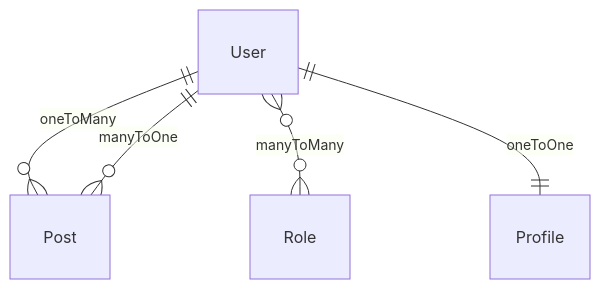
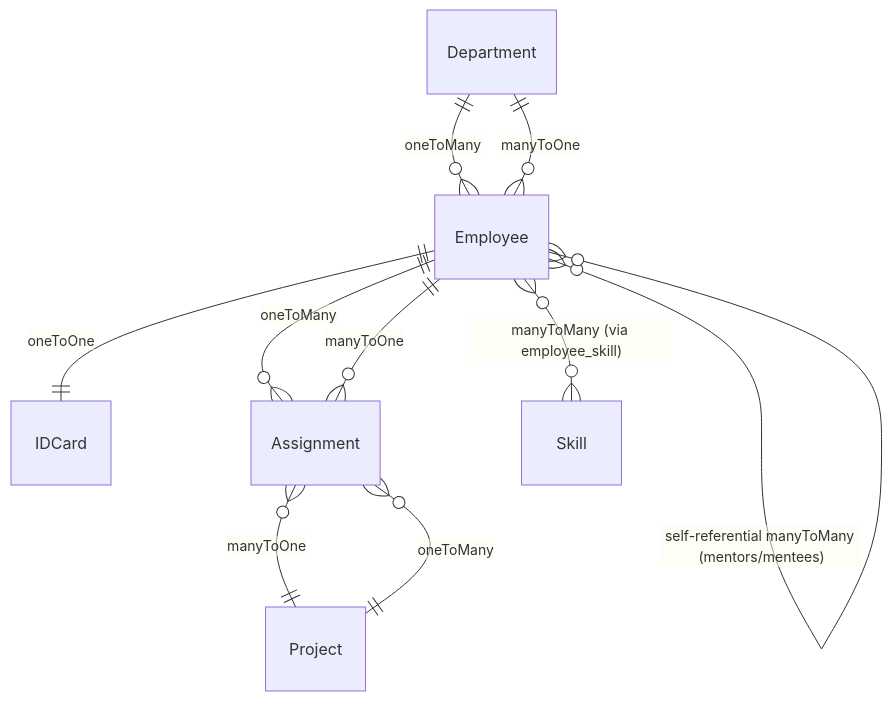
Before and after one commit to canecomext/cog: the diagram in README.md, drawn with Mermaid. The commit also changed other lines of this file, not shown here.

````diff
--- a/README.md
+++ b/README.md
@@ -135,7 +135,17 @@
 ```mermaid
 erDiagram
-    User ||--o{ Post : "oneToMany"
-    Post }o--|| User : "manyToOne"
-    User }o--o{ Role : "manyToMany"
-    User ||--|| Profile : "oneToOne"
+    Department ||--o{ Employee : "oneToMany"
+    Employee }o--|| Department : "manyToOne"
+
+    Employee ||--|| IDCard : "oneToOne"
+
+    Employee ||--o{ Assignment : "oneToMany"
+    Assignment }o--|| Employee : "manyToOne"
+
+    Project ||--o{ Assignment : "oneToMany"
+    Assignment }o--|| Project : "manyToOne"
+
+    Employee }o--o{ Skill : "manyToMany (via employee_skill)"
+
+    Employee }o--o{ Employee : "self-referential manyToMany (mentors/mentees)"
 ```
````
